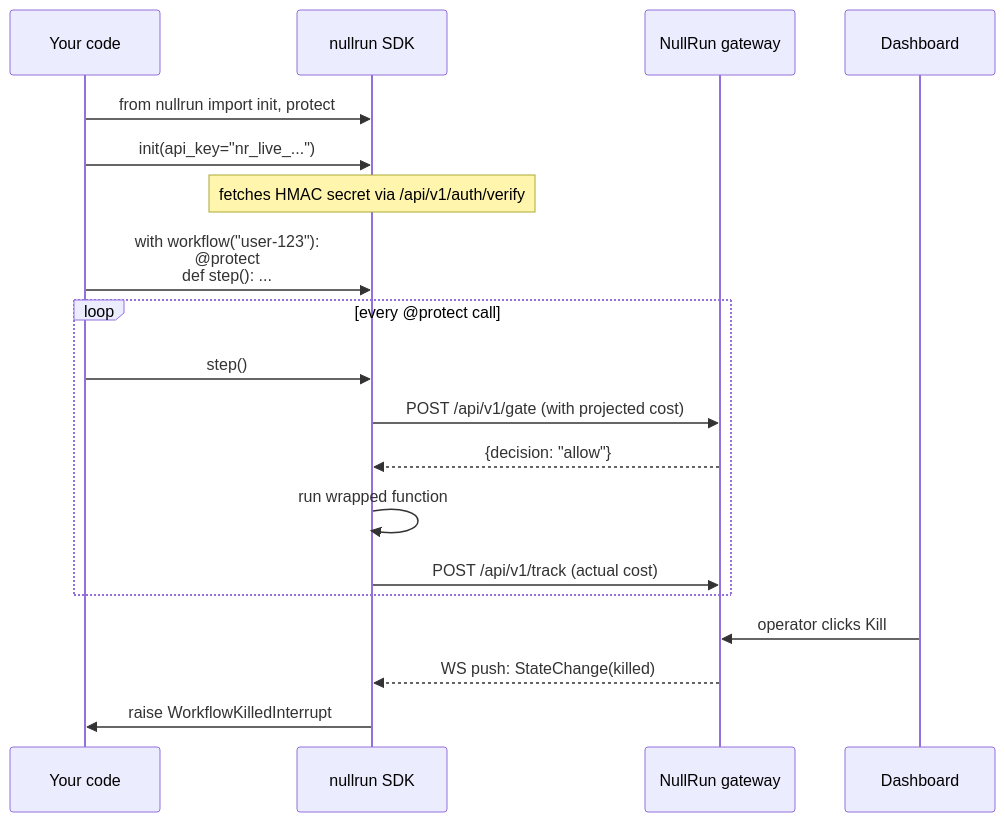
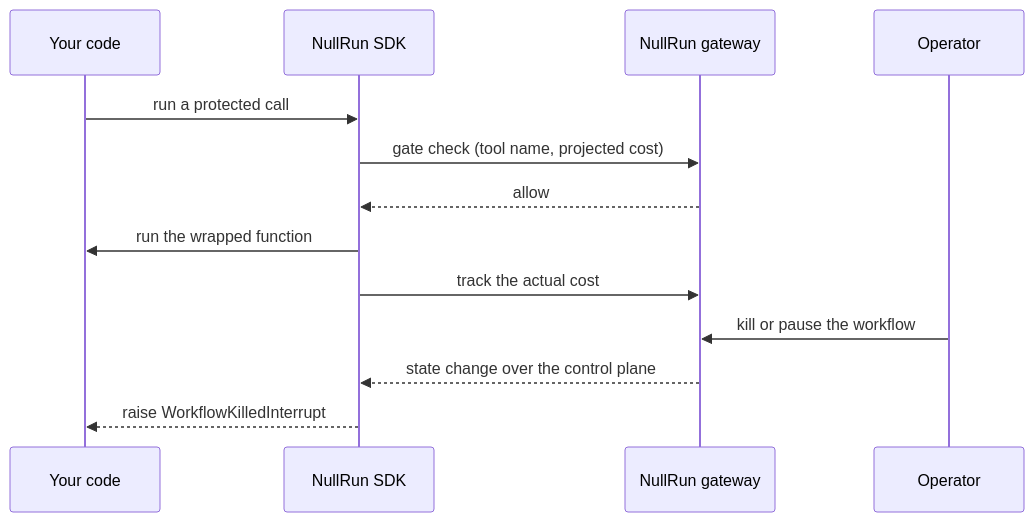
One commit to nullrunio/nullrun-docs changed the second of 2 diagrams in docs/index.md. Above: the diagram before and after it, drawn with Mermaid. The commit also changed other lines of this file and 40 other files, not shown here.

````diff
--- a/docs/index.md
+++ b/docs/index.md
@@ -154,25 +156,16 @@
 ```mermaid
 sequenceDiagram
-  participant U as Your code
-  participant SDK as nullrun SDK
+  participant A as Your code
+  participant S as NullRun SDK
   participant G as NullRun gateway
-  participant DB as Dashboard
+  participant O as Operator
 
-  U->>SDK: from nullrun import init, protect
-  U->>SDK: init(api_key="nr_live_...")
-  Note over SDK: fetches HMAC secret via /api/v1/auth/verify
-
-  U->>SDK: with workflow("user-123"):<br/>  @protect<br/>  def step(): ...
-
-  loop every @protect call
-    U->>SDK: step()
-    SDK->>G: POST /api/v1/gate (with projected cost)
-    G-->>SDK: {decision: "allow"}
-    SDK->>SDK: run wrapped function
-    SDK->>G: POST /api/v1/track (actual cost)
-  end
-
-  DB->>G: operator clicks Kill
-  G-->>SDK: WS push: StateChange(killed)
-  SDK->>U: raise WorkflowKilledInterrupt
+  A->>S: run a protected call
+  S->>G: gate check (tool name, projected cost)
+  G-->>S: allow
+  S->>A: run the wrapped function
+  S->>G: track the actual cost
+  O->>G: kill or pause the workflow
+  G-->>S: state change over the control plane
+  S-->>A: raise WorkflowKilledInterrupt
 ```
````
